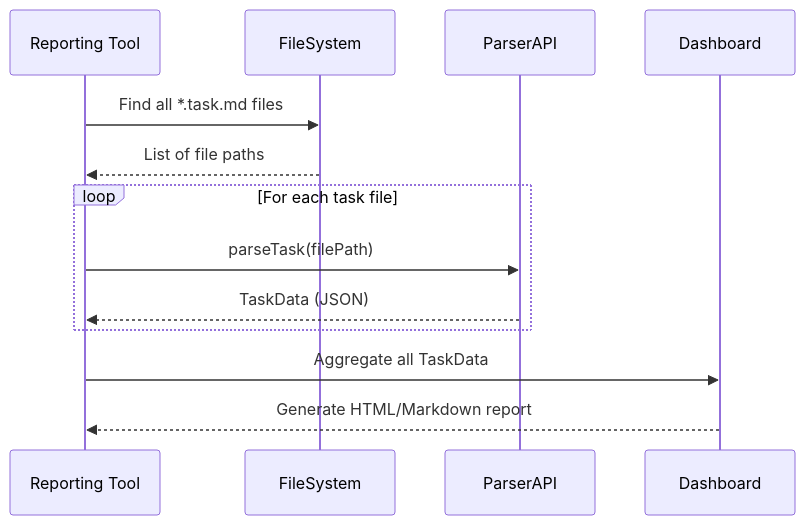
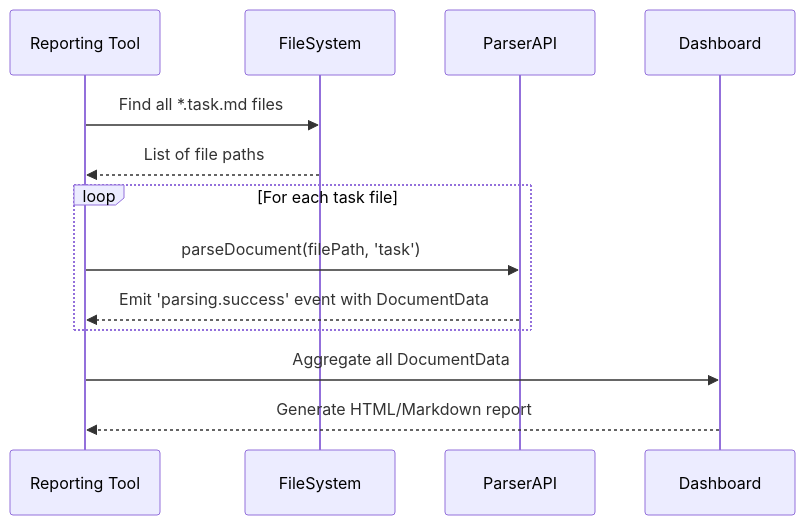
Before and after one commit to livelifelively/documentation-driven-development-tools: the second of 7 diagrams in docs/requirements/p1.p5-doc-parser.plan.md, drawn with Mermaid. The commit also changed other lines of this file and 2 other files, not shown here.

````diff
--- a/docs/requirements/p1.p5-doc-parser.plan.md
+++ b/docs/requirements/p1.p5-doc-parser.plan.md
@@ -60,16 +60,16 @@
 ```mermaid
 sequenceDiagram
     participant CronJob as Reporting Tool
     participant FileSystem
     participant ParserAPI
     participant Dashboard
 
     CronJob->>FileSystem: Find all *.task.md files
     FileSystem-->>CronJob: List of file paths
     loop For each task file
-        CronJob->>ParserAPI: parseTask(filePath)
-        ParserAPI-->>CronJob: TaskData (JSON)
+        CronJob->>ParserAPI: parseDocument(filePath, 'task')
+        ParserAPI-->>CronJob: Emit 'parsing.success' event with DocumentData
     end
-    CronJob->>Dashboard: Aggregate all TaskData
+    CronJob->>Dashboard: Aggregate all DocumentData
     Dashboard-->>CronJob: Generate HTML/Markdown report
 ```
````
